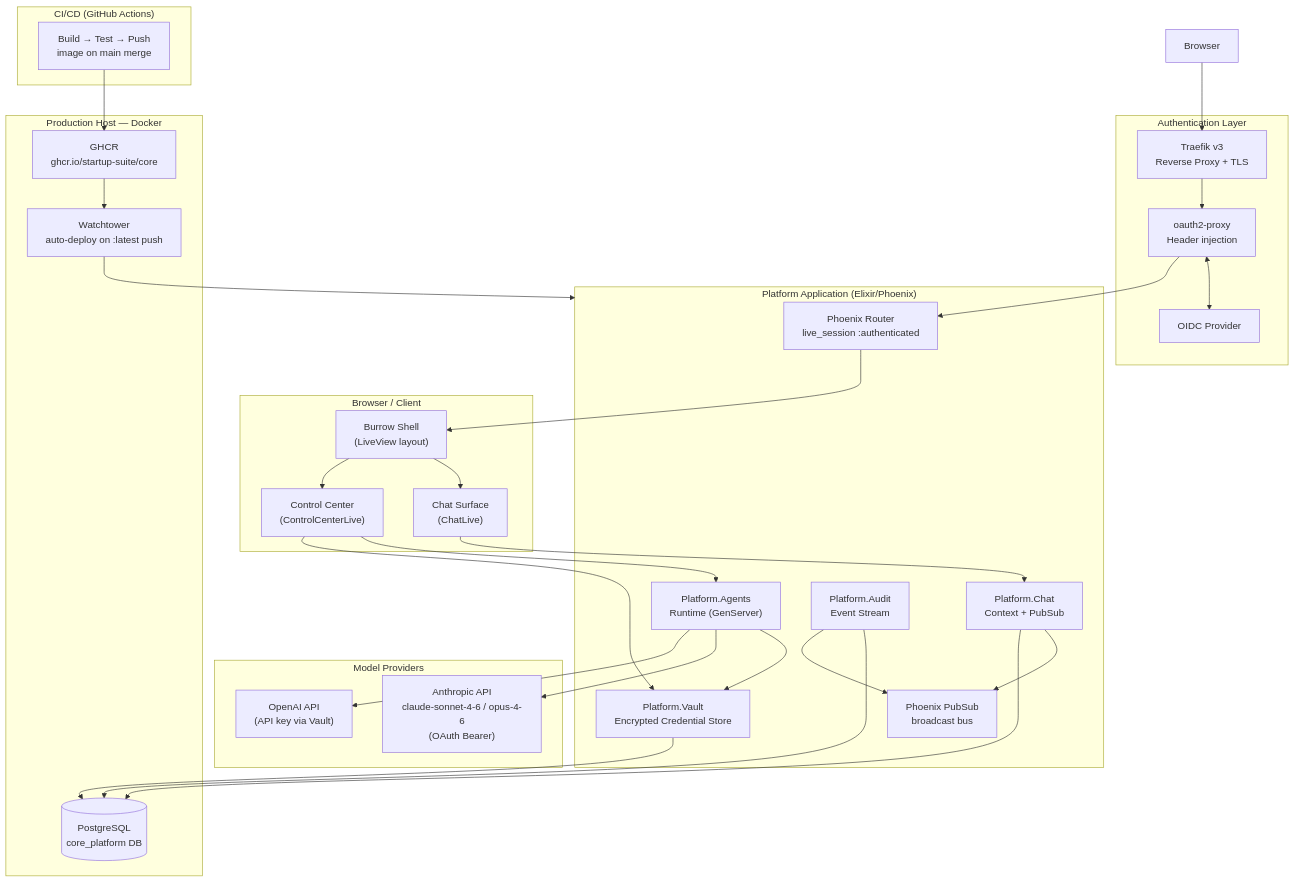
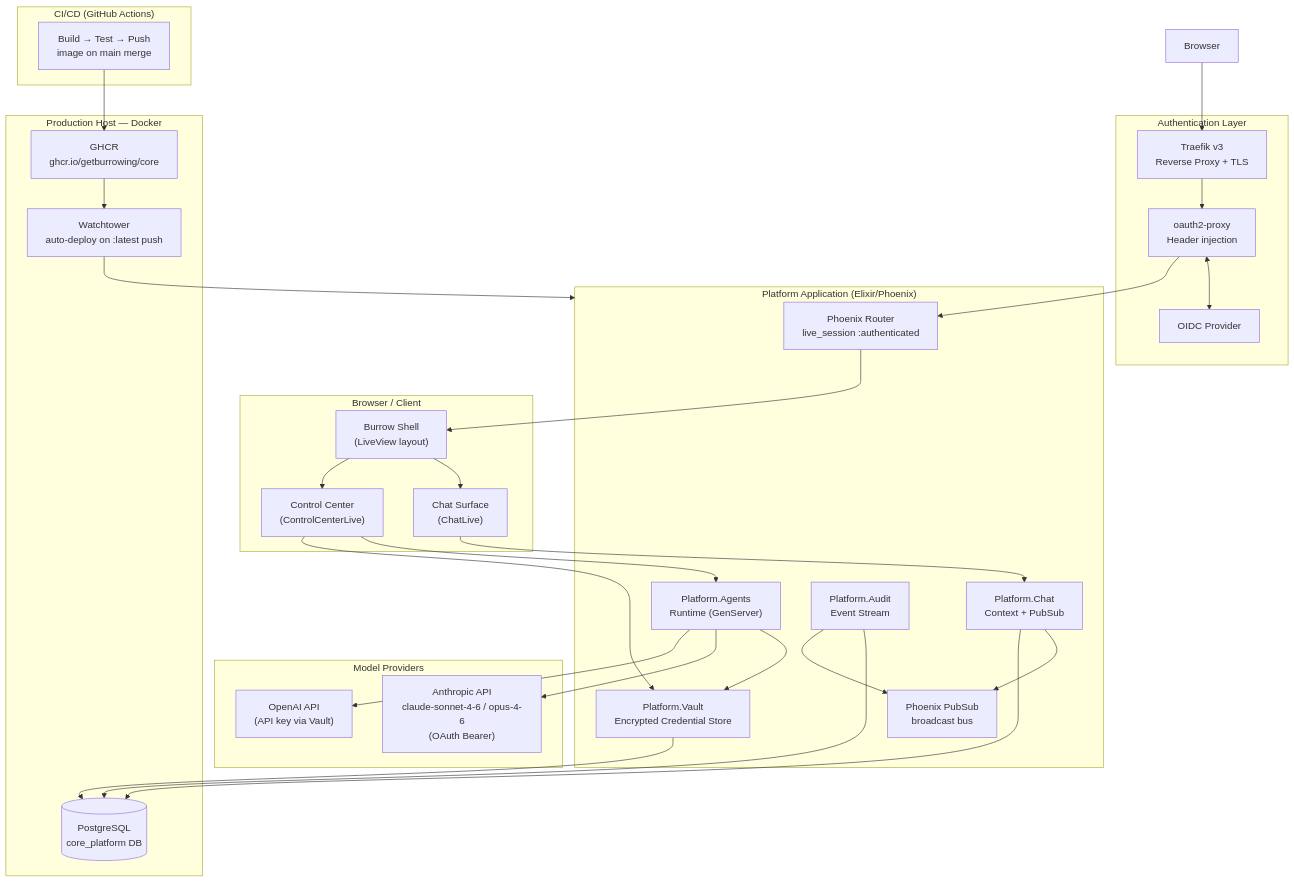
One commit to GetBurrowing/core changed the diagram in docs/architecture/01-system-overview.md. Above: the diagram before and after it, drawn with Mermaid. The commit also changed 13 other files, not shown here.

First line of the commit message:
Org rename: ghcr.io/getburrowing (#1279)

````diff
--- a/docs/architecture/01-system-overview.md
+++ b/docs/architecture/01-system-overview.md
@@ -5,57 +5,57 @@
 ```mermaid
 graph TB
   subgraph Client["Browser / Client"]
     Shell["Burrow Shell<br/>(LiveView layout)"]
     Chat["Chat Surface<br/>(ChatLive)"]
     Control["Control Center<br/>(ControlCenterLive)"]
   end
 
   subgraph Auth["Authentication Layer"]
     Traefik["Traefik v3<br/>Reverse Proxy + TLS"]
     OAuthProxy["oauth2-proxy<br/>Header injection"]
     OIDCProvider["OIDC Provider"]
   end
 
   subgraph Platform["Platform Application (Elixir/Phoenix)"]
     Router["Phoenix Router<br/>live_session :authenticated"]
     Vault["Platform.Vault<br/>Encrypted Credential Store"]
     Agents["Platform.Agents<br/>Runtime (GenServer)"]
     ChatCtx["Platform.Chat<br/>Context + PubSub"]
     Audit["Platform.Audit<br/>Event Stream"]
     PubSub["Phoenix PubSub<br/>broadcast bus"]
   end
 
   subgraph Providers["Model Providers"]
     Anthropic["Anthropic API<br/>claude-sonnet-4-6 / opus-4-6<br/>(OAuth Bearer)"]
     OpenAI["OpenAI API<br/>(API key via Vault)"]
   end
 
   subgraph Host["Production Host — Docker"]
     Postgres[("PostgreSQL<br/>core_platform DB")]
     Watchtower["Watchtower<br/>auto-deploy on :latest push"]
-    GHCR["GHCR<br/>ghcr.io/startup-suite/core"]
+    GHCR["GHCR<br/>ghcr.io/getburrowing/core"]
   end
 
   subgraph CI["CI/CD (GitHub Actions)"]
     GHActions["Build → Test → Push<br/>image on main merge"]
   end
 
   Browser["Browser"] --> Traefik
   Traefik --> OAuthProxy
   OAuthProxy <--> OIDCProvider
   OAuthProxy --> Router
   Router --> Shell
   Shell --> Chat & Control
   Chat --> ChatCtx
   Control --> Agents & Vault
   ChatCtx --> PubSub
   ChatCtx --> Postgres
   Agents --> Vault
   Agents --> Anthropic & OpenAI
   Vault --> Postgres
   Audit --> Postgres
   Audit --> PubSub
   GHActions --> GHCR
   GHCR --> Watchtower
   Watchtower --> Platform
 ```
````
